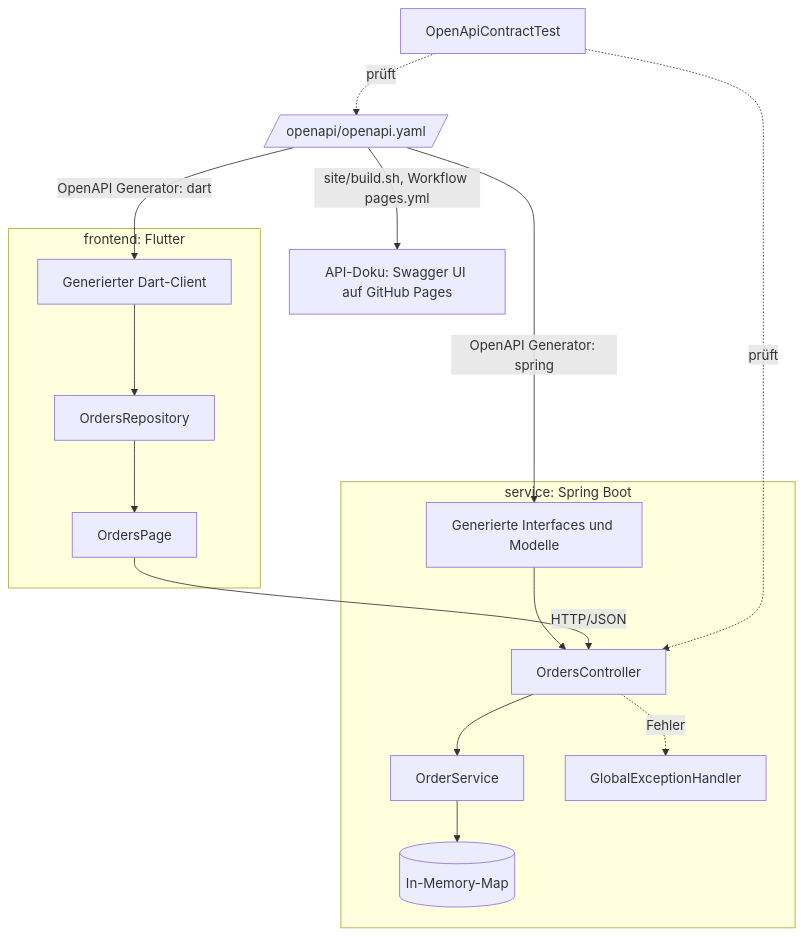
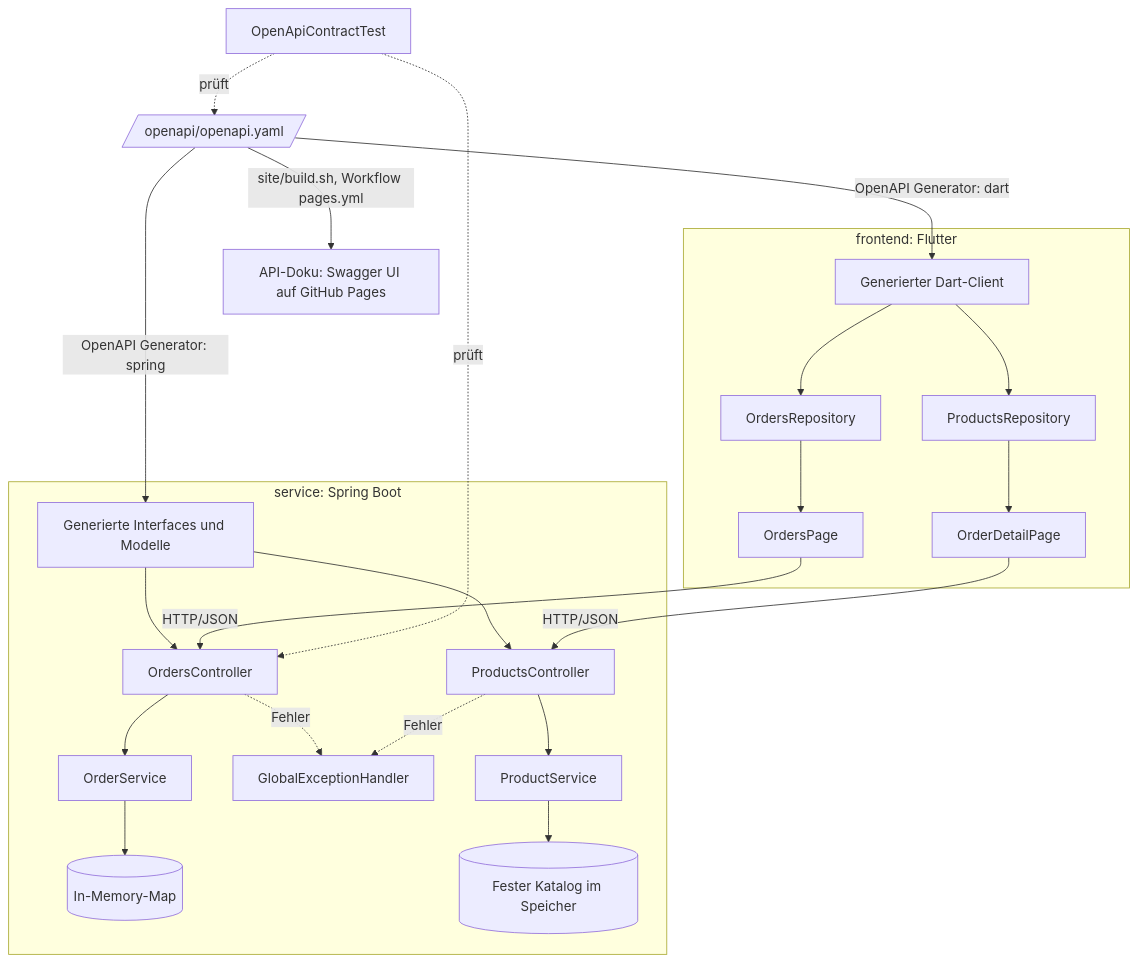
One commit to juheba/sw-factory-tryout changed the first of 5 diagrams in docs/architecture.md. Above: the diagram before and after it, drawn with Mermaid. The commit also changed 11 other files, not shown here.

````diff
--- a/docs/architecture.md
+++ b/docs/architecture.md
@@ -8,23 +8,30 @@
 ```mermaid
 flowchart TB
     Spec[/openapi/openapi.yaml/]
     Spec -->|OpenAPI Generator: spring| Gen[Generierte Interfaces und Modelle]
     Spec -->|OpenAPI Generator: dart| Cli[Generierter Dart-Client]
     Spec -->|site/build.sh, Workflow pages.yml| Doc[API-Doku: Swagger UI auf GitHub Pages]
 
     subgraph service [service: Spring Boot]
         Gen --> Ctl[OrdersController]
         Ctl --> Svc[OrderService]
         Svc --> Mem[(In-Memory-Map)]
         Ctl -.Fehler.-> Err[GlobalExceptionHandler]
+        Gen --> PCtl[ProductsController]
+        PCtl --> PSvc[ProductService]
+        PSvc --> Cat[(Fester Katalog im Speicher)]
+        PCtl -.Fehler.-> Err
     end
 
     subgraph frontend [frontend: Flutter]
         Cli --> Repo[OrdersRepository]
         Repo --> UI[OrdersPage]
+        Cli --> PRepo[ProductsRepository]
+        PRepo --> Detail[OrderDetailPage]
     end
 
     UI -->|HTTP/JSON| Ctl
+    Detail -->|HTTP/JSON| PCtl
     Test[OpenApiContractTest] -.prüft.-> Spec
     Test -.prüft.-> Ctl
 ```
````
